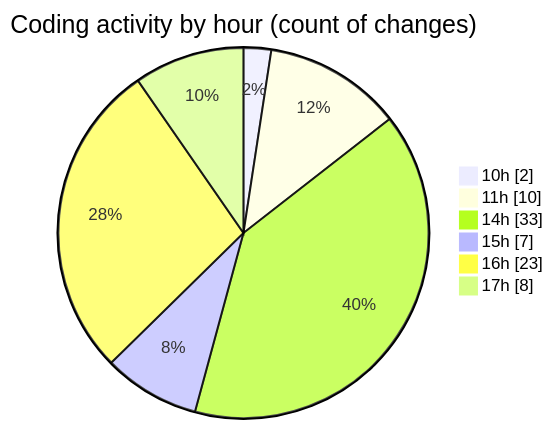
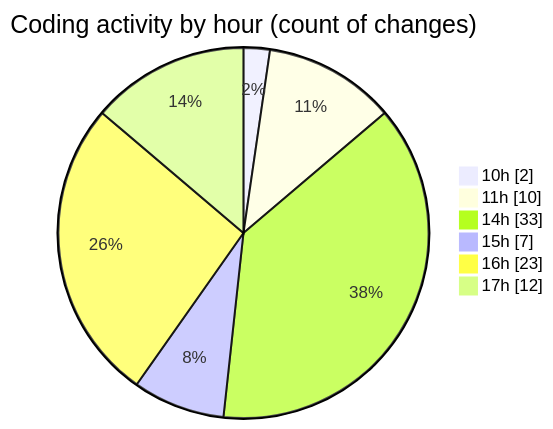
One commit to idhammustaqopulfikri/code-tracking changed the second of 2 diagrams in 2025-06-02/studio-backend/README.md. Above: the diagram before and after it, drawn with Mermaid. The commit also changed other lines of this file and 1 other file, not shown here.

````diff
--- a/2025-06-02/studio-backend/README.md
+++ b/2025-06-02/studio-backend/README.md
@@ -47,10 +47,10 @@
 ```mermaid
 pie showData
 title Coding activity by hour (count of changes)
 "10h" : 2
 "11h" : 10
 "14h" : 33
 "15h" : 7
 "16h" : 23
-"17h" : 8
+"17h" : 12
 ```
````
